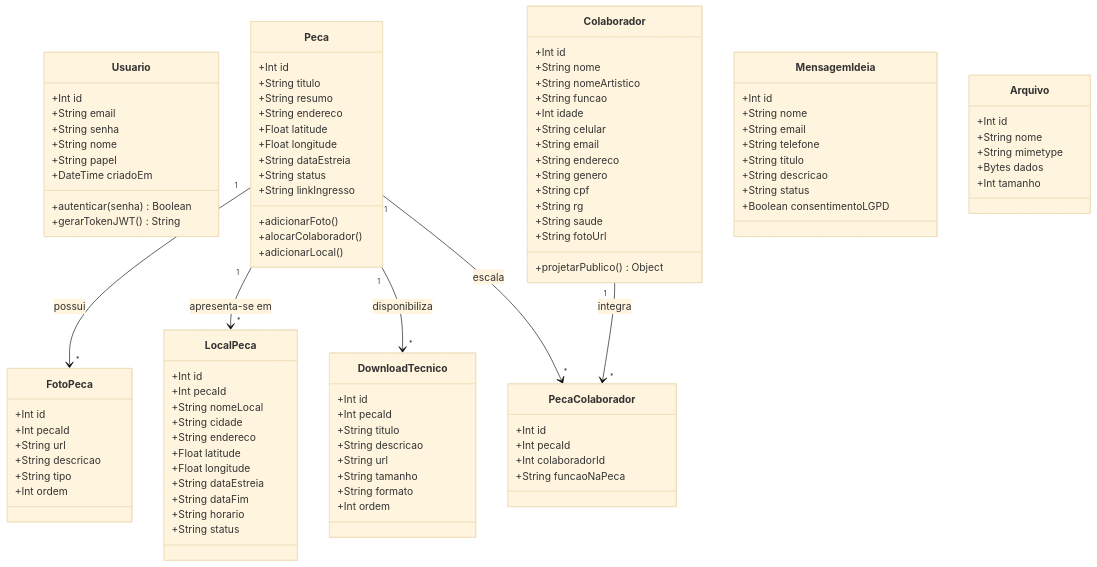
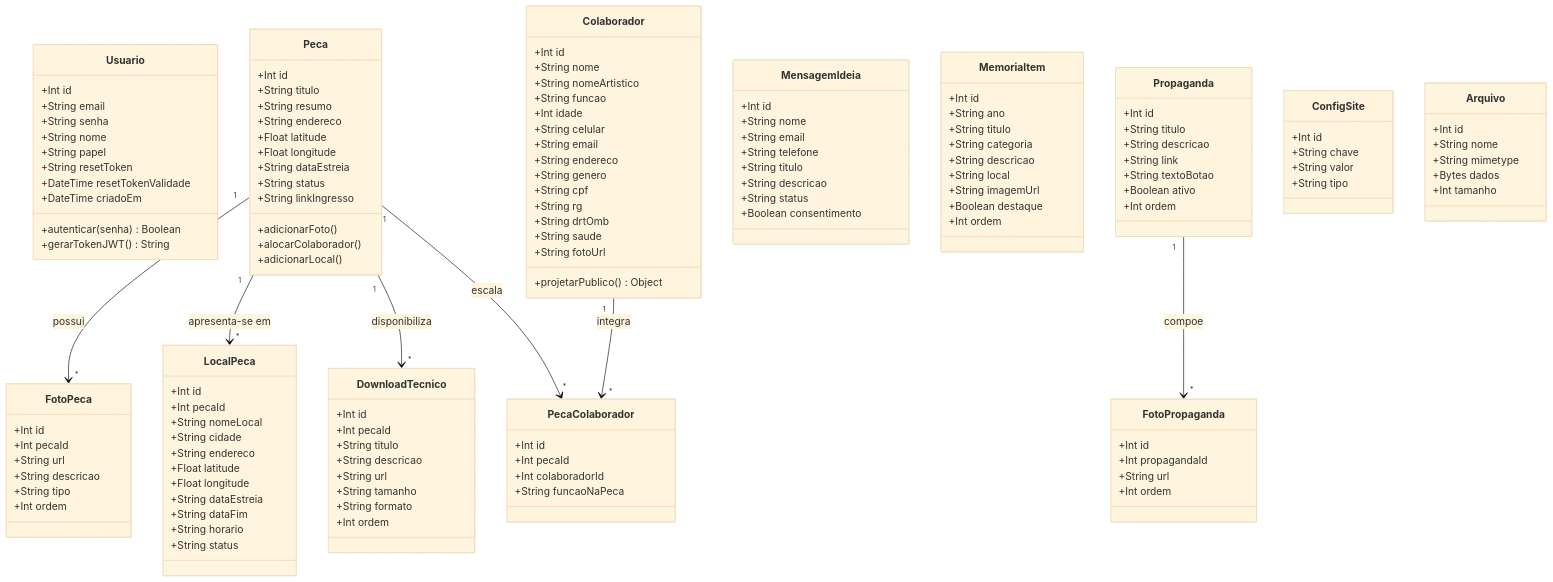
Before and after one commit to pfFabio/projeto_teatro: the second of 6 diagrams in exercicios.md, drawn with Mermaid (base theme). The commit also changed other lines of this file and 1 other file, not shown here.

Commit message:
docs: aprimorar exercicios.md com compatibilidade, escalabilidade, diagramas er e design patterns

````diff
--- a/exercicios.md
+++ b/exercicios.md
@@ -374,6 +383,8 @@
         +String senha
         +String nome
         +String papel
+        +String resetToken
+        +DateTime resetTokenValidade
         +DateTime criadoEm
         +autenticar(senha) Boolean
         +gerarTokenJWT() String
@@ -429,6 +440,7 @@
         +String genero
         +String cpf
         +String rg
+        +String drtOmb
         +String saude
         +String fotoUrl
         +projetarPublico() Object
@@ -460,7 +472,43 @@
         +String titulo
         +String descricao
         +String status
-        +Boolean consentimentoLGPD
+        +Boolean consentimento
+    }
+
+    class MemoriaItem {
+        +Int id
+        +String ano
+        +String titulo
+        +String categoria
+        +String descricao
+        +String local
+        +String imagemUrl
+        +Boolean destaque
+        +Int ordem
+    }
+
+    class Propaganda {
+        +Int id
+        +String titulo
+        +String descricao
+        +String link
+        +String textoBotao
+        +Boolean ativo
+        +Int ordem
+    }
+
+    class FotoPropaganda {
+        +Int id
+        +Int propagandaId
+        +String url
+        +Int ordem
+    }
+
+    class ConfigSite {
+        +Int id
+        +String chave
+        +String valor
+        +String tipo
     }
 
     class Arquivo {
@@ -476,4 +524,5 @@
     Peca "1" --> "*" DownloadTecnico : disponibiliza
     Peca "1" --> "*" PecaColaborador : escala
     Colaborador "1" --> "*" PecaColaborador : integra
+    Propaganda "1" --> "*" FotoPropaganda : compoe
 ```
````
